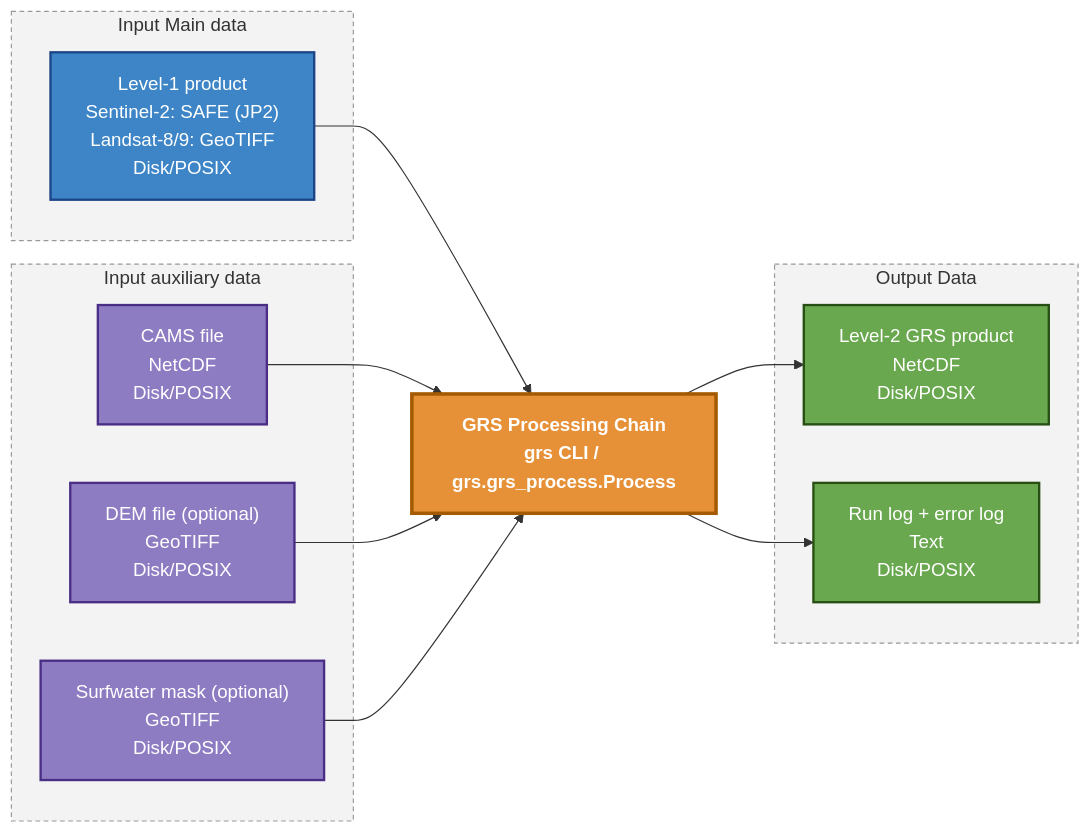
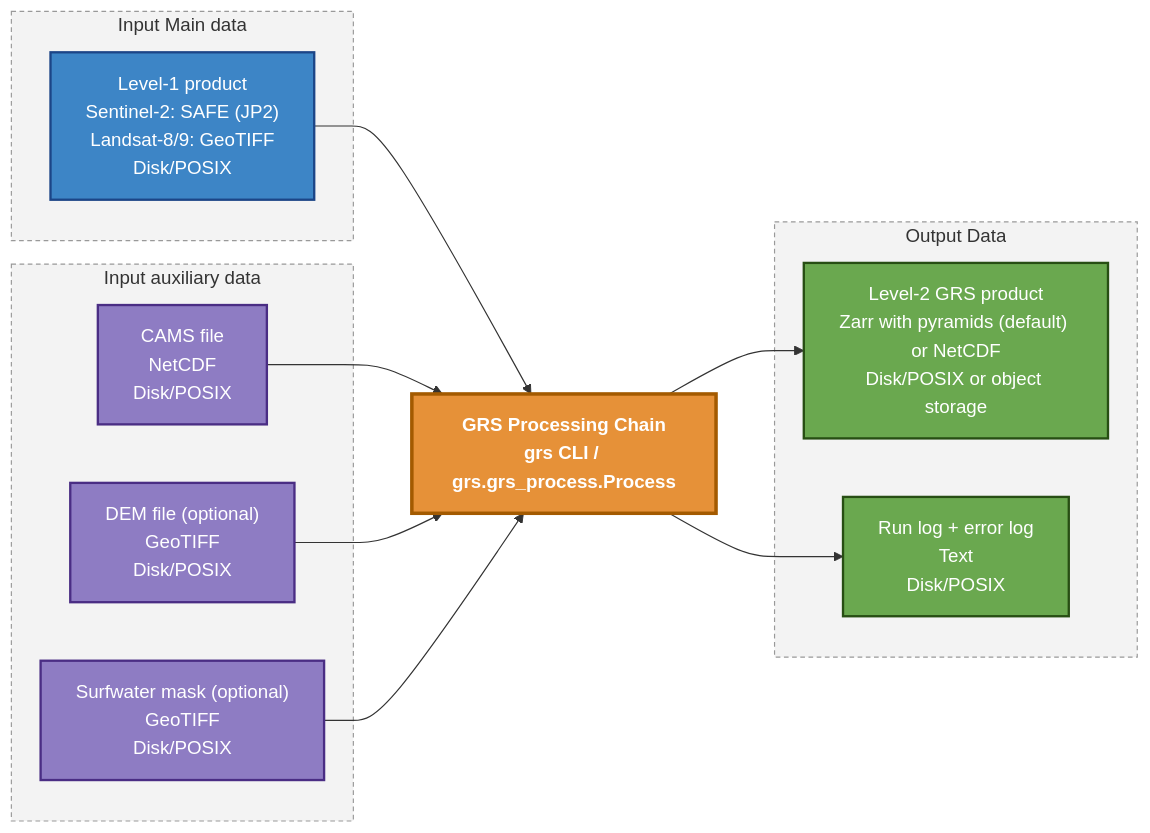
The diagram in docs/source/_diagrams/dataflow.mmd (Tristanovsk/grs), drawn with Mermaid before and after one commit. The commit also changed 11 other files, not shown here.

```diff
--- a/docs/source/_diagrams/dataflow.mmd
+++ b/docs/source/_diagrams/dataflow.mmd
@@ -1,36 +1,36 @@
 flowchart LR
     subgraph main["Input Main data"]
         IN1["Level-1 product<br/>Sentinel-2: SAFE (JP2)<br/>Landsat-8/9: GeoTIFF<br/>Disk/POSIX"]
     end
 
     subgraph aux["Input auxiliary data"]
         IN2["CAMS file<br/>NetCDF<br/>Disk/POSIX"]
         IN3["DEM file (optional)<br/>GeoTIFF<br/>Disk/POSIX"]
         IN4["Surfwater mask (optional)<br/>GeoTIFF<br/>Disk/POSIX"]
     end
 
     PROC["GRS Processing Chain<br/>grs CLI / grs.grs_process.Process"]
 
     subgraph out["Output Data"]
-        OUT1["Level-2 GRS product<br/>NetCDF<br/>Disk/POSIX"]
+        OUT1["Level-2 GRS product<br/>Zarr with pyramids (default) or NetCDF<br/>Disk/POSIX or object storage"]
         OUT2["Run log + error log<br/>Text<br/>Disk/POSIX"]
     end
 
     IN1 --> PROC
     IN2 --> PROC
     IN3 --> PROC
     IN4 --> PROC
     PROC --> OUT1
     PROC --> OUT2
 
     classDef mainStyle fill:#3d85c6,stroke:#1c4587,stroke-width:2px,color:#ffffff
     classDef auxStyle fill:#8e7cc3,stroke:#4a2d84,stroke-width:2px,color:#ffffff
     classDef procStyle fill:#e69138,stroke:#a35a00,stroke-width:3px,color:#ffffff,font-weight:bold
     classDef outStyle fill:#6aa84f,stroke:#274e13,stroke-width:2px,color:#ffffff
     classDef groupStyle fill:#f3f3f3,stroke:#999999,stroke-dasharray: 4 3,color:#333333
 
     class IN1 mainStyle
     class IN2,IN3,IN4 auxStyle
     class PROC procStyle
     class OUT1,OUT2 outStyle
     class main,aux,out groupStyle
```
